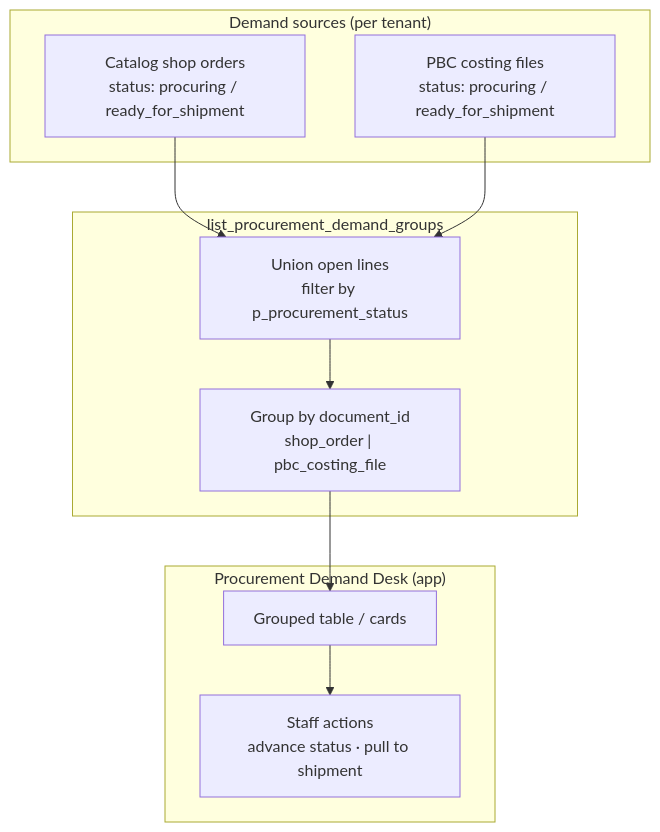
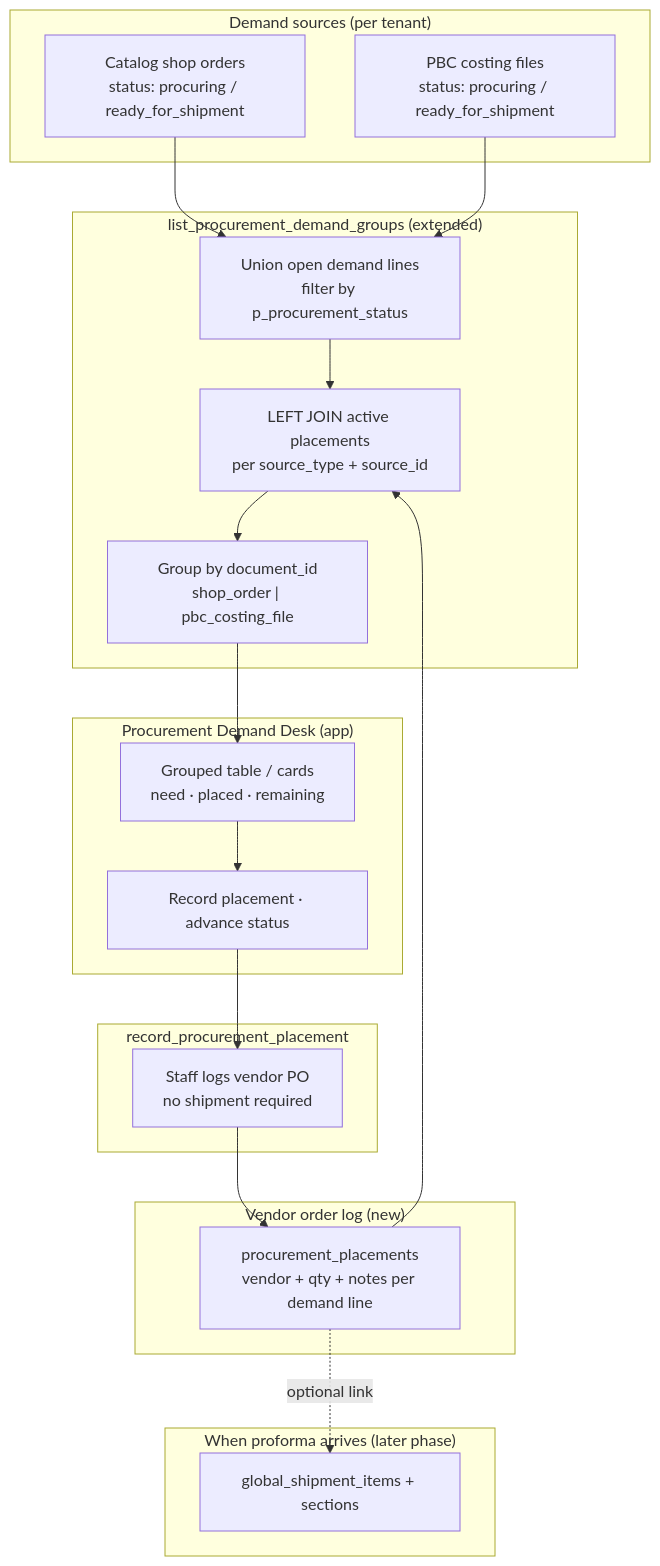
Before and after one commit to david-git-2/brandwala-wholesale-quasar-v2: the diagram in doc/shop_order/PROCUREMENT_DEMAND_LIST.md, drawn with Mermaid. The commit also changed other lines of this file and 6 other files, not shown here.

````diff
--- a/doc/shop_order/PROCUREMENT_DEMAND_LIST.md
+++ b/doc/shop_order/PROCUREMENT_DEMAND_LIST.md
@@ -23,23 +23,41 @@
 ```mermaid
 flowchart TD
   subgraph Sources ["Demand sources (per tenant)"]
     SO["Catalog shop orders<br/>status: procuring / ready_for_shipment"]
     PBC["PBC costing files<br/>status: procuring / ready_for_shipment"]
   end
 
-  subgraph RPC ["list_procurement_demand_groups"]
-    UNION["Union open lines<br/>filter by p_procurement_status"]
+  subgraph Placements ["Vendor order log (new)"]
+    PP["procurement_placements<br/>vendor + qty + notes per demand line"]
+  end
+
+  subgraph RPC ["list_procurement_demand_groups (extended)"]
+    UNION["Union open demand lines<br/>filter by p_procurement_status"]
+    JOIN["LEFT JOIN active placements<br/>per source_type + source_id"]
     GROUP["Group by document_id<br/>shop_order | pbc_costing_file"]
   end
 
+  subgraph Write ["record_procurement_placement"]
+    SAVE["Staff logs vendor PO<br/>no shipment required"]
+  end
+
+  subgraph Later ["When proforma arrives (later phase)"]
+    SHIP["global_shipment_items + sections"]
+  end
+
   subgraph UI ["Procurement Demand Desk (app)"]
-    LIST["Grouped table / cards"]
-    ACT["Staff actions<br/>advance status · pull to shipment"]
+    LIST["Grouped table / cards<br/>need · placed · remaining"]
+    ACT["Record placement · advance status"]
   end
 
   SO --> UNION
   PBC --> UNION
-  UNION --> GROUP
+  PP --> JOIN
+  UNION --> JOIN
+  JOIN --> GROUP
   GROUP --> LIST
   LIST --> ACT
+  ACT --> SAVE
+  SAVE --> PP
+  PP -.->|optional link| SHIP
 ```
````
